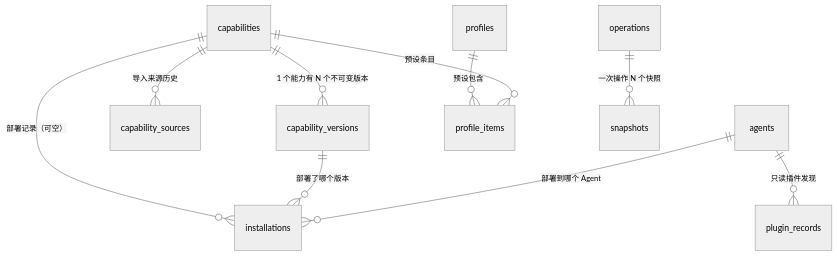
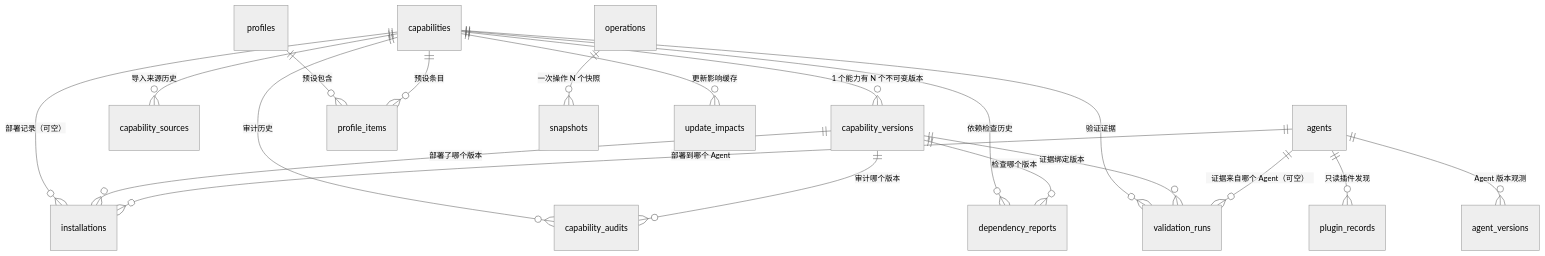
One commit to qomob/agenthub changed the diagram in docs/DATA-MODEL.md. Above: the diagram before and after it, drawn with Mermaid (neutral theme). The commit also changed other lines of this file and 50 other files, not shown here.

First line of the commit message:
feat: capability validator and agent health (0.2.0)

````diff
--- a/docs/DATA-MODEL.md
+++ b/docs/DATA-MODEL.md
@@ -244,12 +324,21 @@
 ```mermaid
 erDiagram
     capabilities ||--o{ capability_versions : "1 个能力有 N 个不可变版本"
     capabilities ||--o{ capability_sources : "导入来源历史"
     capabilities ||--o{ installations : "部署记录（可空）"
     capability_versions ||--o{ installations : "部署了哪个版本"
     agents ||--o{ installations : "部署到哪个 Agent"
     agents ||--o{ plugin_records : "只读插件发现"
     profiles ||--o{ profile_items : "预设包含"
     capabilities ||--o{ profile_items : "预设条目"
     operations ||--o{ snapshots : "一次操作 N 个快照"
+    capabilities ||--o{ capability_audits : "审计历史"
+    capability_versions ||--o{ capability_audits : "审计哪个版本"
+    capabilities ||--o{ dependency_reports : "依赖检查历史"
+    capability_versions ||--o{ dependency_reports : "检查哪个版本"
+    capabilities ||--o{ update_impacts : "更新影响缓存"
+    capabilities ||--o{ validation_runs : "验证证据"
+    capability_versions ||--o{ validation_runs : "证据绑定版本"
+    agents ||--o{ validation_runs : "证据来自哪个 Agent（可空）"
+    agents ||--o{ agent_versions : "Agent 版本观测"
 ```
````
